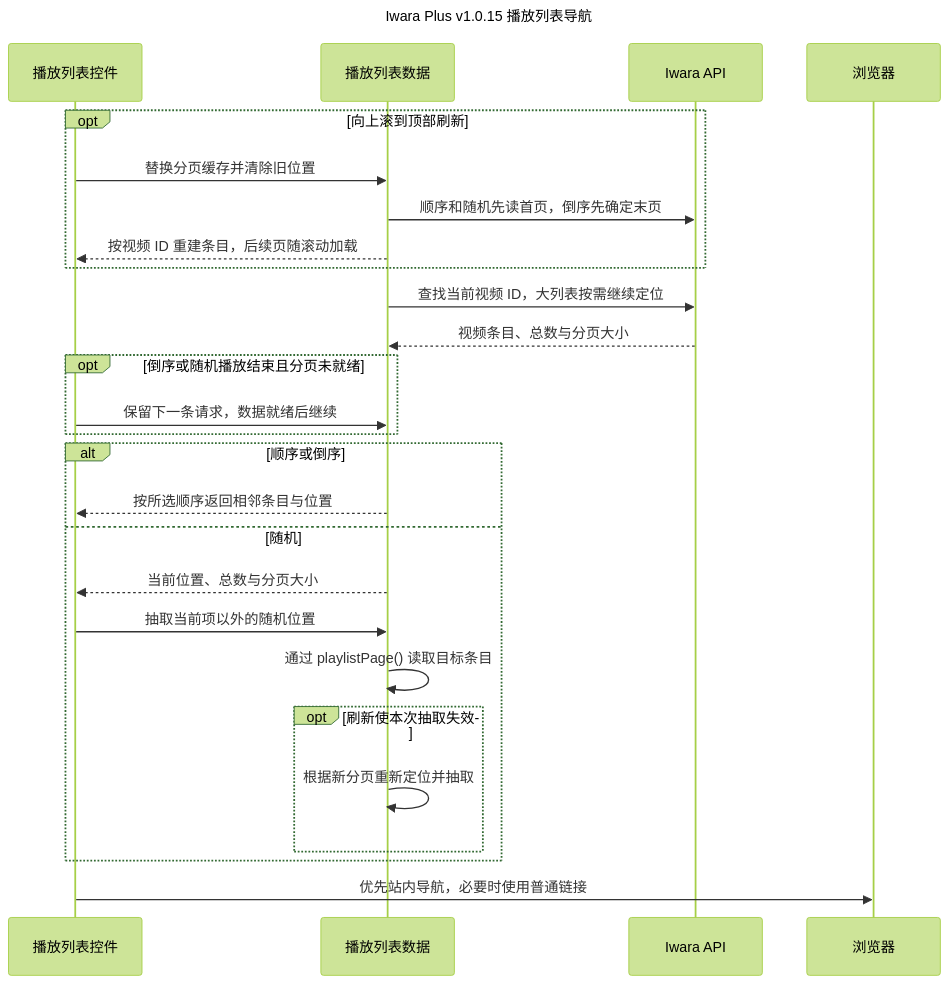
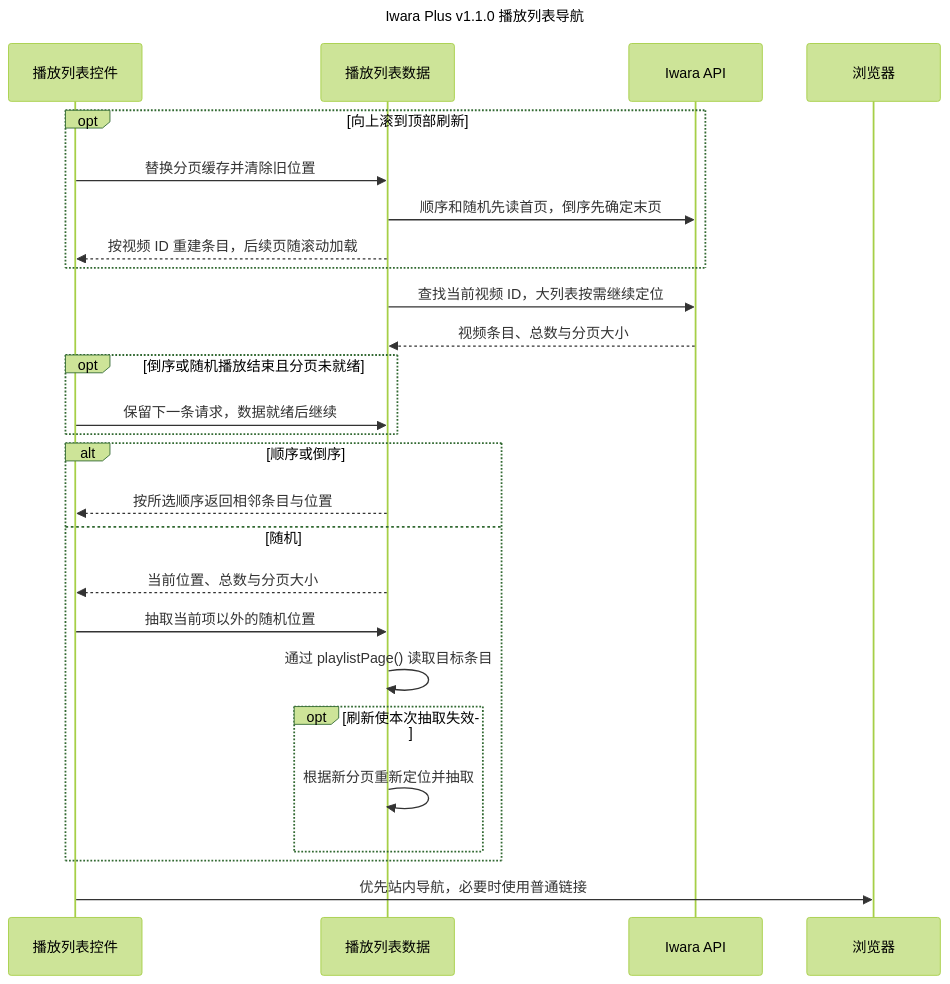
One commit to lhYanghc/iwara-plus changed the fifth of 6 diagrams in docs/architecture.zh-CN.md. Above: the diagram before and after it, drawn with Mermaid (forest theme). The commit also changed other lines of this file and 9 other files, not shown here.

````diff
--- a/docs/architecture.zh-CN.md
+++ b/docs/architecture.zh-CN.md
@@ -157,31 +161,31 @@
 ```mermaid
 ---
-title: Iwara Plus v1.0.15 播放列表导航
+title: Iwara Plus v1.1.0 播放列表导航
 ---
 sequenceDiagram
     participant C as 播放列表控件
     participant Q as 播放列表数据
     participant A as Iwara API
     participant B as 浏览器
     opt 向上滚到顶部刷新
         C->>Q: 替换分页缓存并清除旧位置
         Q->>A: 顺序和随机先读首页，倒序先确定末页
         Q-->>C: 按视频 ID 重建条目，后续页随滚动加载
     end
     Q->>A: 查找当前视频 ID，大列表按需继续定位
     A-->>Q: 视频条目、总数与分页大小
     opt 倒序或随机播放结束且分页未就绪
         C->>Q: 保留下一条请求，数据就绪后继续
     end
     alt 顺序或倒序
         Q-->>C: 按所选顺序返回相邻条目与位置
     else 随机
         Q-->>C: 当前位置、总数与分页大小
         C->>Q: 抽取当前项以外的随机位置
         Q->>Q: 通过 playlistPage() 读取目标条目
         opt 刷新使本次抽取失效
             Q->>Q: 根据新分页重新定位并抽取
         end
     end
     C->>B: 优先站内导航，必要时使用普通链接
 ```
````
